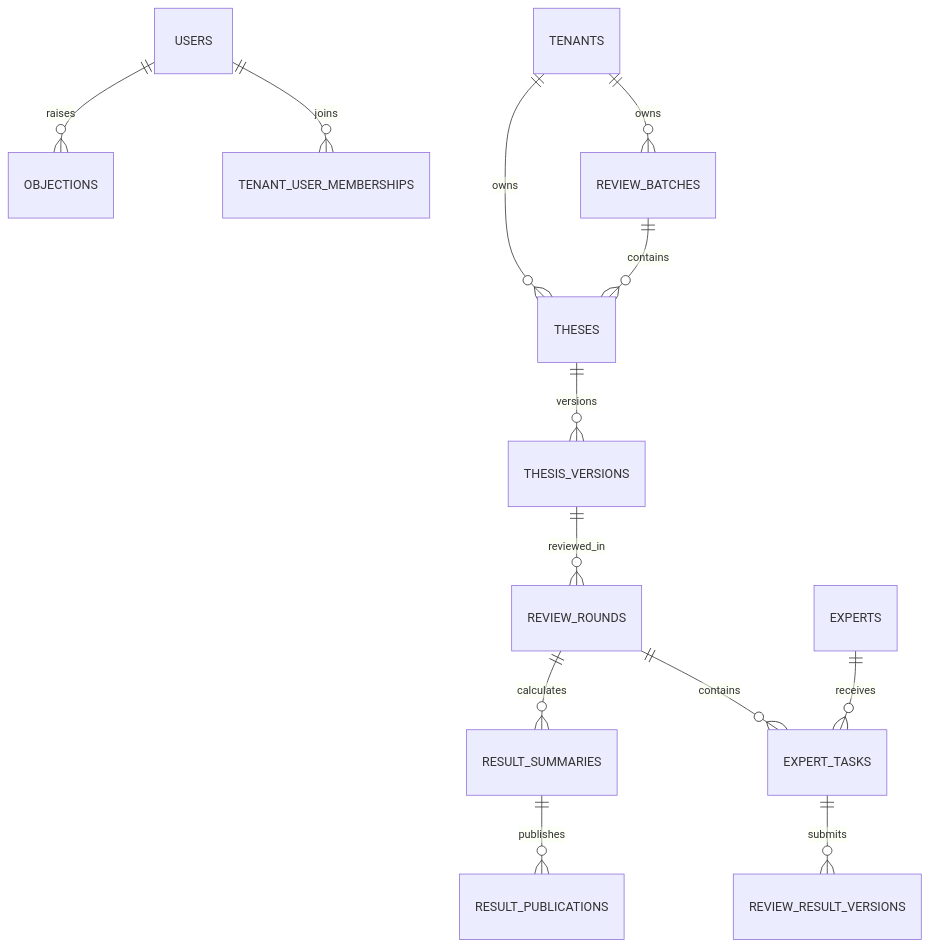
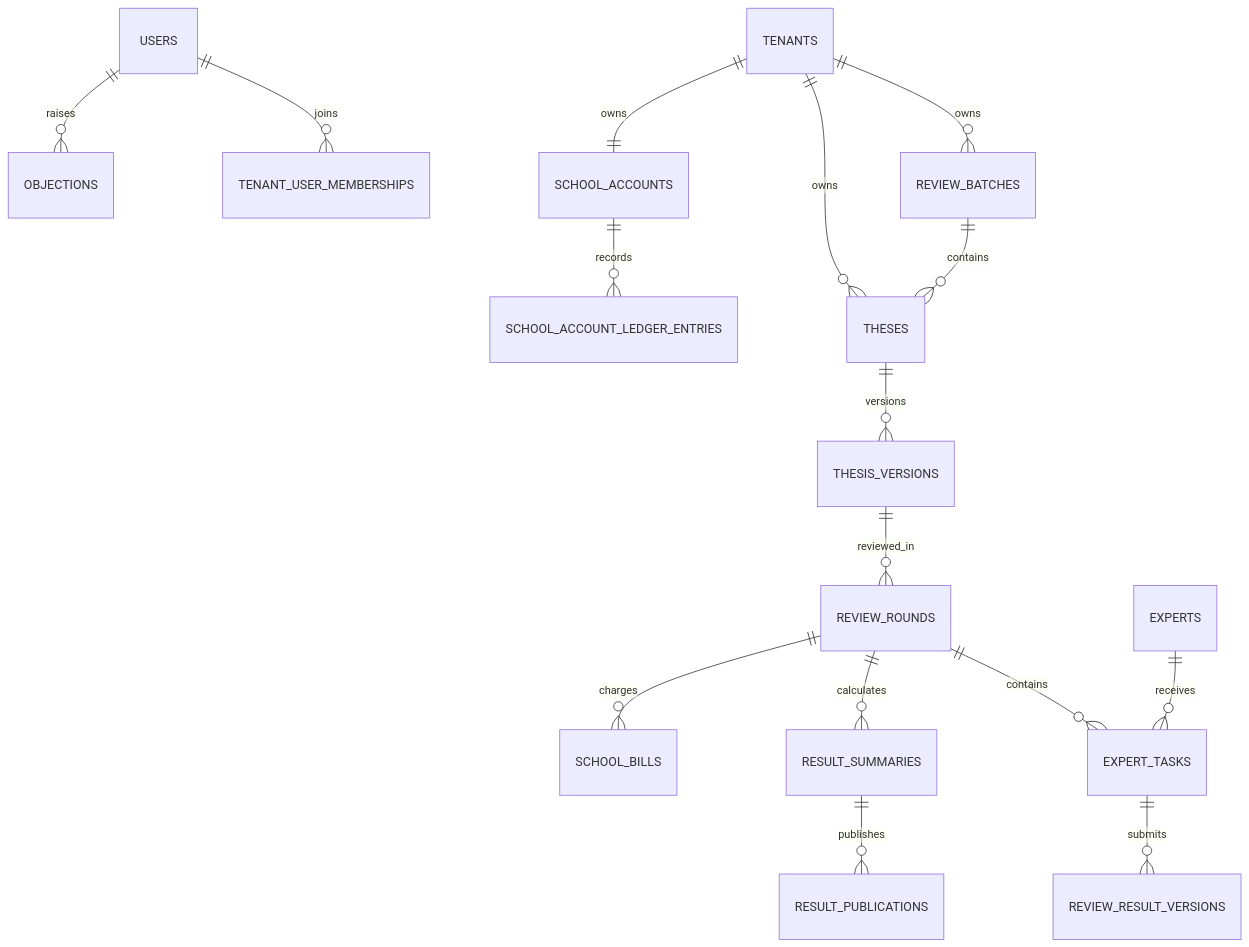
One commit to Zhong0118/paper-review-platform changed the diagram in docs/04_数据库设计/数据库设计.md. Above: the diagram before and after it, drawn with Mermaid. The commit also changed other lines of this file and 76 other files, not shown here.

````diff
--- a/docs/04_数据库设计/数据库设计.md
+++ b/docs/04_数据库设计/数据库设计.md
@@ -106,15 +109,18 @@
 ```mermaid
 erDiagram
   TENANTS ||--o{ REVIEW_BATCHES : owns
   TENANTS ||--o{ THESES : owns
   USERS ||--o{ TENANT_USER_MEMBERSHIPS : joins
   REVIEW_BATCHES ||--o{ THESES : contains
   THESES ||--o{ THESIS_VERSIONS : versions
   THESIS_VERSIONS ||--o{ REVIEW_ROUNDS : reviewed_in
   REVIEW_ROUNDS ||--o{ EXPERT_TASKS : contains
   EXPERTS ||--o{ EXPERT_TASKS : receives
   EXPERT_TASKS ||--o{ REVIEW_RESULT_VERSIONS : submits
   REVIEW_ROUNDS ||--o{ RESULT_SUMMARIES : calculates
   RESULT_SUMMARIES ||--o{ RESULT_PUBLICATIONS : publishes
   USERS ||--o{ OBJECTIONS : raises
+  TENANTS ||--|| SCHOOL_ACCOUNTS : owns
+  SCHOOL_ACCOUNTS ||--o{ SCHOOL_ACCOUNT_LEDGER_ENTRIES : records
+  REVIEW_ROUNDS ||--o{ SCHOOL_BILLS : charges
 ```
````
